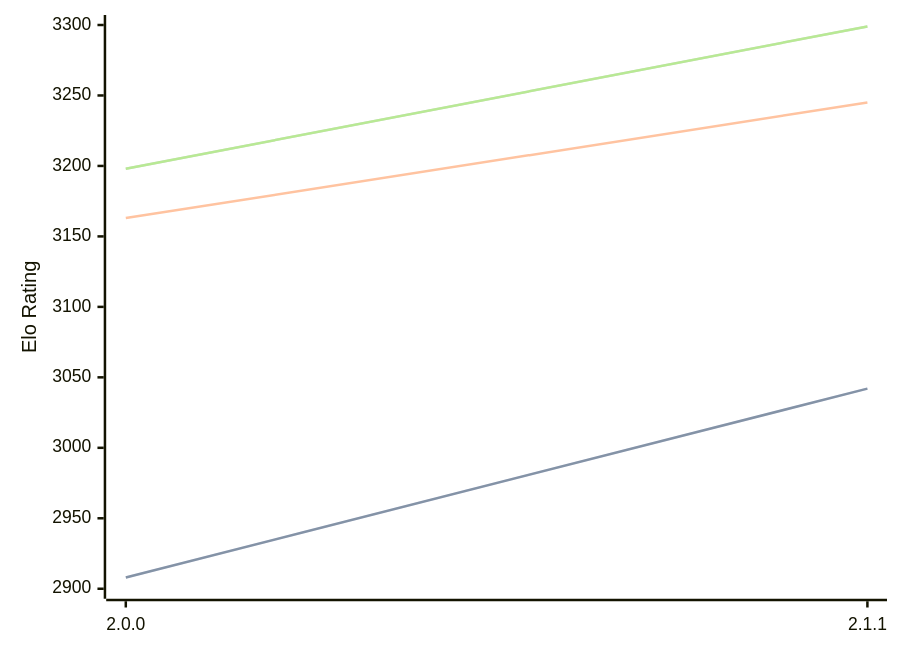
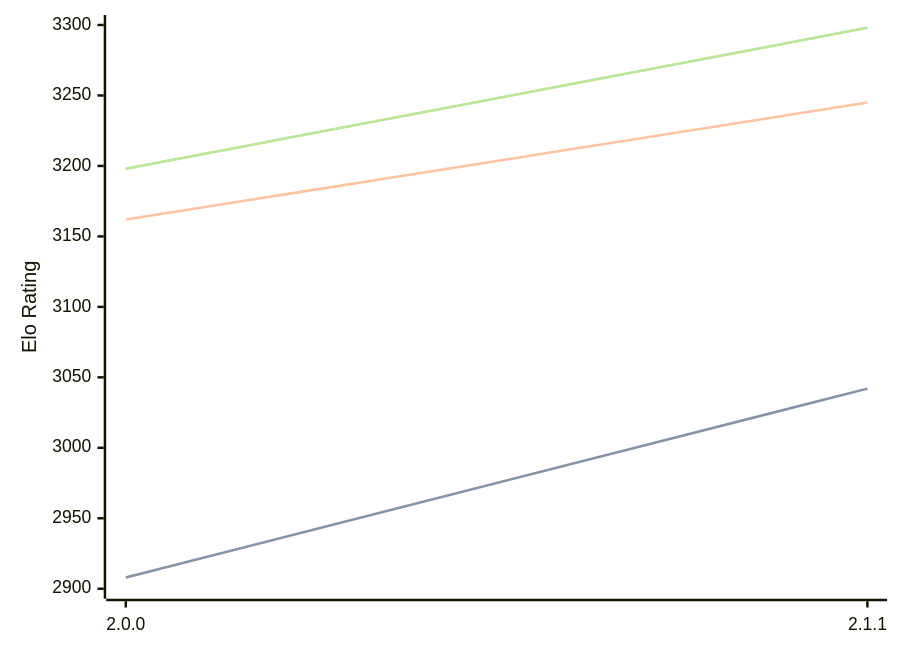
Before and after one commit to computer-chess-index/cci: the diagram in engines/Bread.md, drawn with Mermaid. The commit also changed other lines of this file, not shown here.

Commit message:
Update CCI Ratings (ELO VLTC) - 2026-03-01

````diff
--- a/engines/Bread.md
+++ b/engines/Bread.md
@@ -48,11 +48,11 @@
 ```mermaid
 %%{init: {"theme":"base","themeVariables":{"seriesColors:['#a3a3a3','#222221','#faa371']}}}%%
 xychart-beta
   x-axis ["2.0.0", "2.1.1"]
   y-axis "Elo Rating" 2900 --> 3300
   line "STC (8.0+0.08s)" [2908, 3042]
   line "STC (8.0+0.08s)" [2908, 3042]
-  line "LTC (60.0+0.60s)" [3163, 3245]
-  line "VLTC (2m24s+1.12s)" [3198, 3299]
-  line "VLTC (2m24s+1.12s)" [3198, 3299]
+  line "LTC (60.0+0.60s)" [3162, 3245]
+  line "VLTC (2m24s+1.12s)" [3198, 3298]
+  line "VLTC (2m24s+1.12s)" [3198, 3298]
 ```
````
